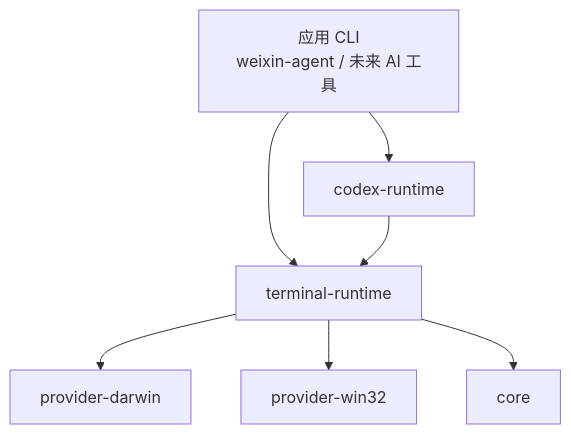
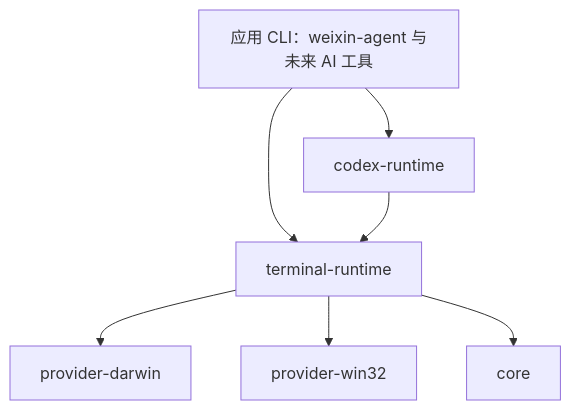
Before and after one commit to duo121/metacli: the first of 2 diagrams in README.zh-CN.md, drawn with Mermaid. The commit also changed other lines of this file and 34 other files, not shown here.

````diff
--- a/README.zh-CN.md
+++ b/README.zh-CN.md
@@ -19,9 +19,9 @@
 ```mermaid
 flowchart TD
-  A["应用 CLI<br/>weixin-agent / 未来 AI 工具"] --> B["codex-runtime"]
-  A --> C["terminal-runtime"]
-  B --> C
-  C --> D["provider-darwin"]
-  C --> E["provider-win32"]
-  C --> F["core"]
+  app["应用 CLI：weixin-agent 与未来 AI 工具"] --> codex["codex-runtime"]
+  app --> runtime["terminal-runtime"]
+  codex --> runtime
+  runtime --> darwin["provider-darwin"]
+  runtime --> win32["provider-win32"]
+  runtime --> core["core"]
 ```
````
